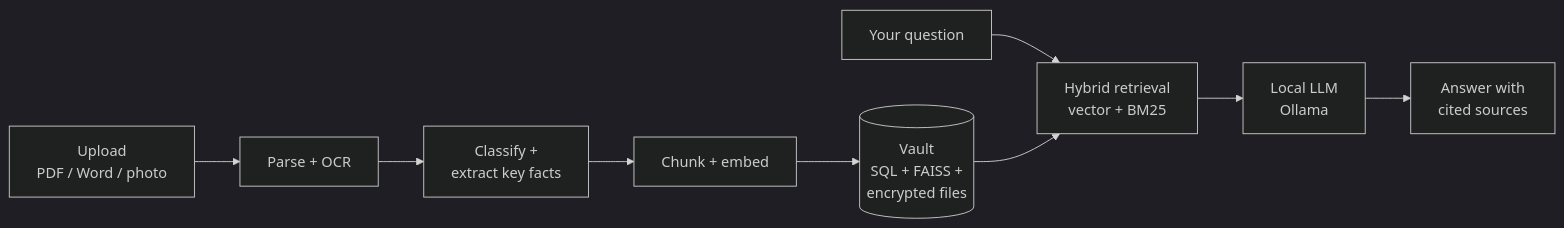
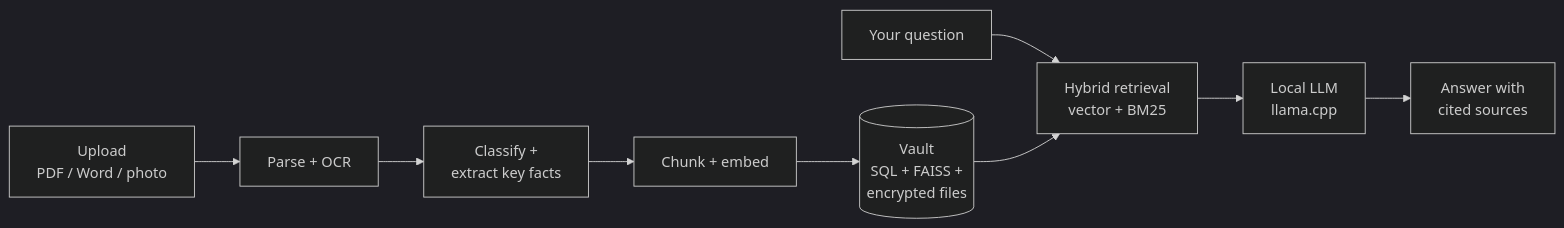
The diagram in README.md (Abhinavchitturi/Document-vault), drawn with Mermaid (dark theme) before and after one commit. The commit also changed other lines of this file and 11 other files, not shown here.

First line of the commit message:
Run the answer model in llama.cpp, started by the vault itself: no Ollama to install

````diff
--- a/README.md
+++ b/README.md
@@ -66,11 +66,11 @@
 ```mermaid
 flowchart LR
     U[Upload<br/>PDF / Word / photo] --> P[Parse + OCR]
     P --> C[Classify +<br/>extract key facts]
     C --> E[Chunk + embed]
     E --> S[(Vault<br/>SQL + FAISS +<br/>encrypted files)]
     Q[Your question] --> R[Hybrid retrieval<br/>vector + BM25]
     S --> R
-    R --> L[Local LLM<br/>Ollama]
+    R --> L[Local LLM<br/>llama.cpp]
     L --> A[Answer with<br/>cited sources]
 ```
````
